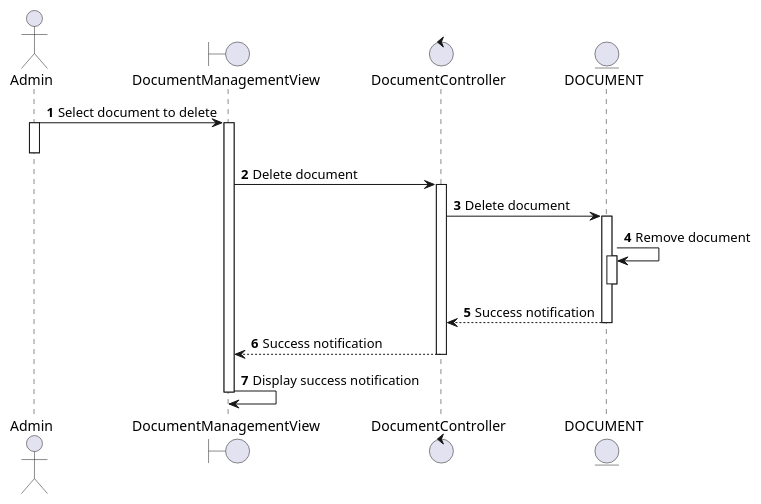
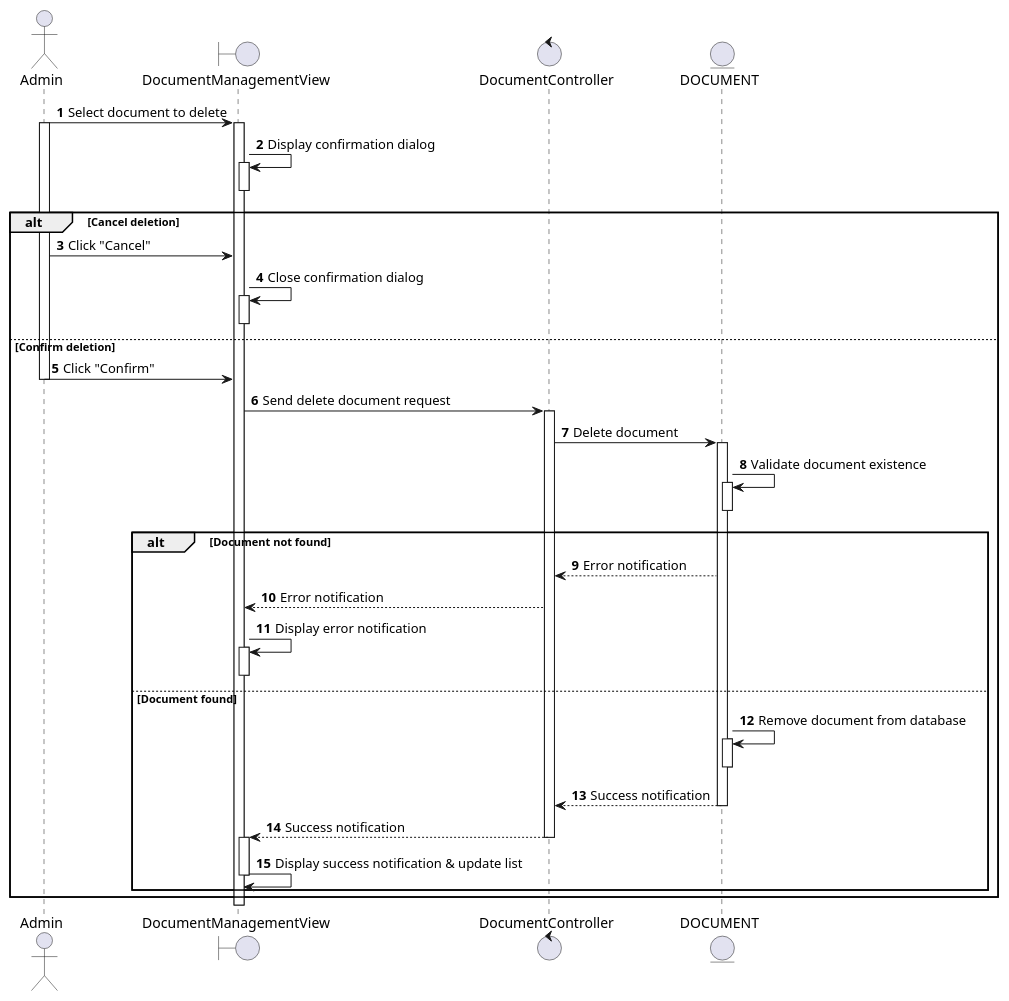
One commit to electricilies/electricilies.github.io changed the diagram in docs/docs/sequence/adjust-document/delete-document.md. Above: the diagram before and after it, drawn with PlantUML. The commit also changed 3 other files, not shown here.

````diff
--- a/docs/docs/sequence/adjust-document/delete-document.md
+++ b/docs/docs/sequence/adjust-document/delete-document.md
@@ -3,29 +3,52 @@
 ```plantuml
 @startuml
 autonumber
 
 actor Admin as A
 boundary DocumentManagementView as DMV
 control DocumentController as DC
 entity DOCUMENT as D
 
 A -> DMV: Select document to delete
 activate A
 activate DMV
-deactivate A
-DMV -> DC: Delete document
-activate DC
-DC -> D: Delete document
-activate D
-D -> D: Remove document
-activate D
-deactivate D
-DC <-- D: Success notification
-deactivate D
-DMV <-- DC: Success notification
-deactivate DC
-DMV -> DMV: Display success notification
+DMV -> DMV: Display confirmation dialog
+activate DMV
 deactivate DMV
+alt Cancel deletion
+    A -> DMV: Click "Cancel"
+    DMV -> DMV: Close confirmation dialog
+    activate DMV
+    deactivate DMV
+else Confirm deletion
+    A -> DMV: Click "Confirm"
+    deactivate A
+    DMV -> DC: Send delete document request
+    activate DC
+    DC -> D: Delete document
+    activate D
+    D -> D: Validate document existence
+    activate D
+    deactivate D
+    alt Document not found
+        DC <-- D: Error notification
+        DMV <-- DC: Error notification
+        DMV -> DMV: Display error notification
+        activate DMV
+        deactivate DMV
+    else Document found
+        D -> D: Remove document from database
+        activate D
+        deactivate D
+        DC <-- D: Success notification
+        deactivate D
+        DMV <-- DC: Success notification
+        deactivate DC
+        activate DMV
+        DMV -> DMV: Display success notification & update list
+        deactivate DMV
+    end
+end
 
 @enduml
 ```
````
